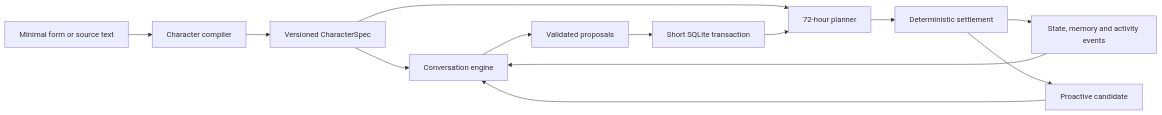
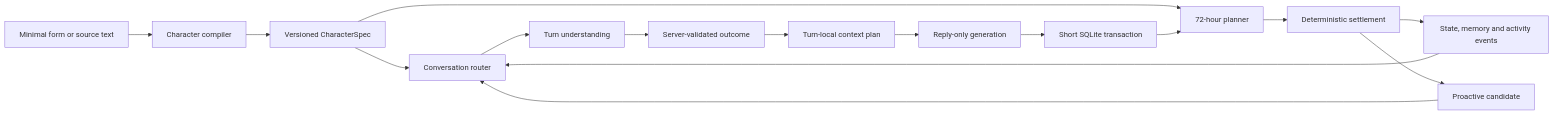
Before and after one commit to p1nkp1nkdrag0n/ChatPLUS: the diagram in docs/architecture.md, drawn with Mermaid. The commit also changed other lines of this file and 120 other files, not shown here.

````diff
--- a/docs/architecture.md
+++ b/docs/architecture.md
@@ -5,15 +5,18 @@
 ```mermaid
 flowchart LR
   A["Minimal form or source text"] --> B["Character compiler"]
   B --> C["Versioned CharacterSpec"]
-  C --> D["Conversation engine"]
+  C --> D["Conversation router"]
   C --> E["72-hour planner"]
   E --> F["Deterministic settlement"]
   F --> G["State, memory and activity events"]
   G --> D
-  D --> H["Validated proposals"]
-  H --> I["Short SQLite transaction"]
+  D --> U["Turn understanding"]
+  U --> H["Server-validated outcome"]
+  H --> X["Turn-local context plan"]
+  X --> Y["Reply-only generation"]
+  Y --> I["Short SQLite transaction"]
   I --> E
   F --> J["Proactive candidate"]
   J --> D
 ```
````
